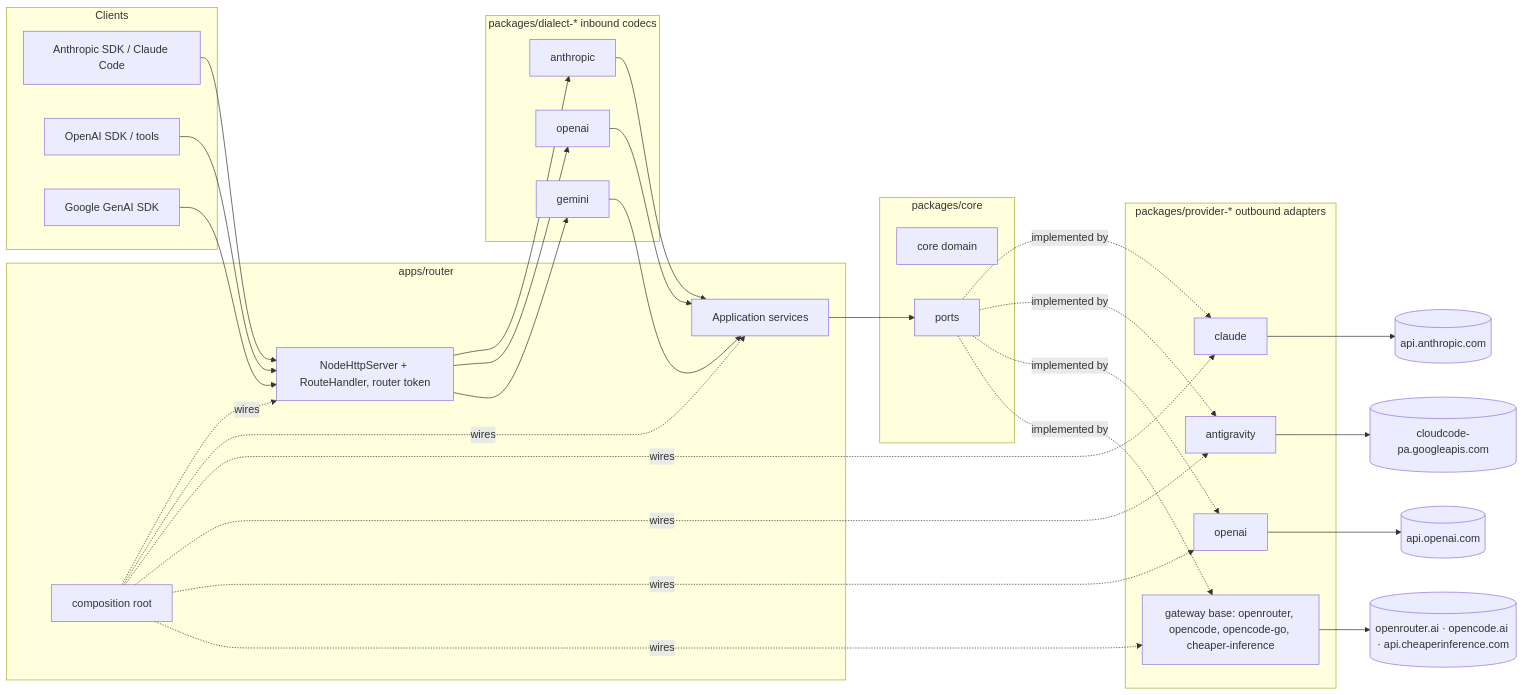
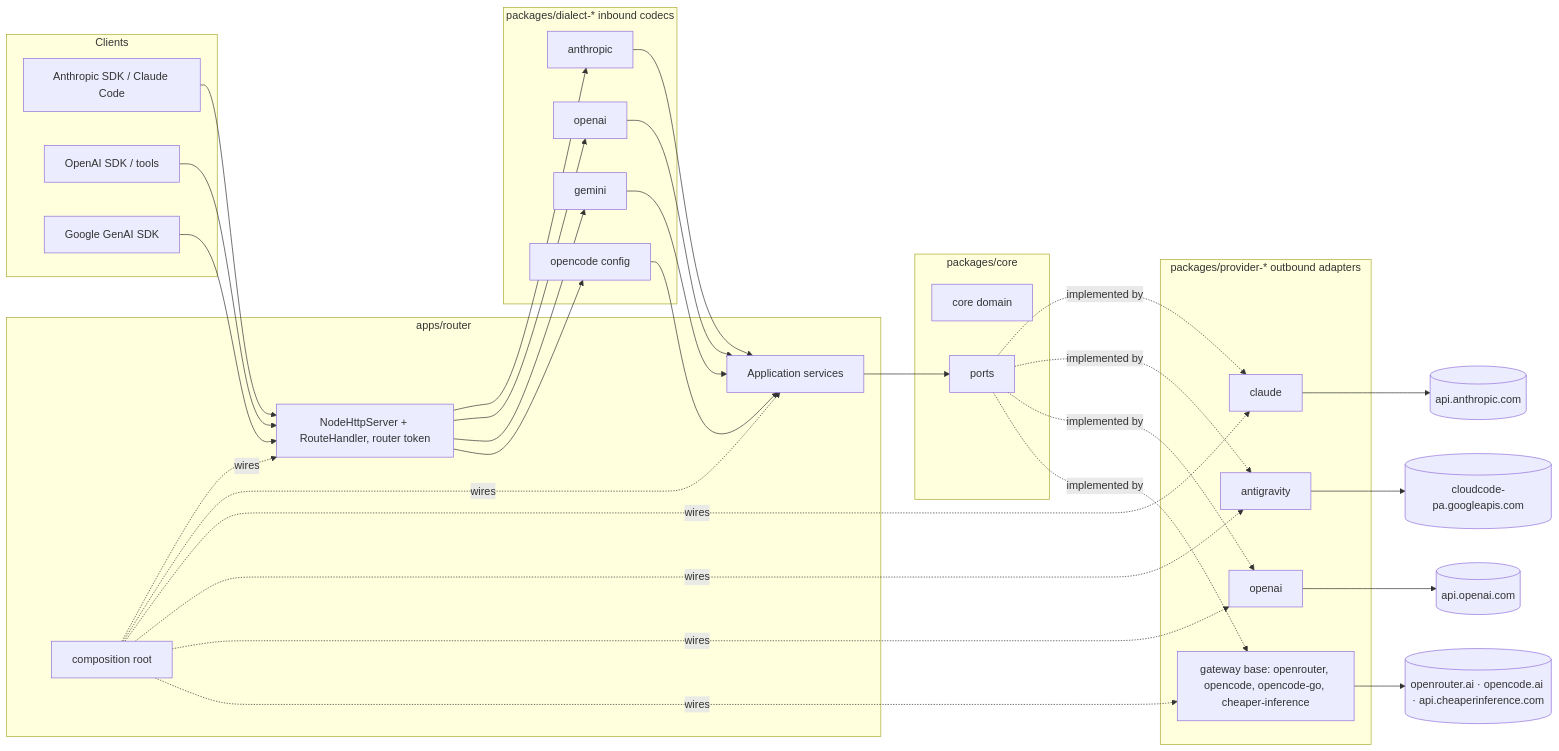
The diagram in README.md (mavasbel-devtools/accounts-proxy), drawn with Mermaid before and after one commit. The commit also changed other lines of this file and 78 other files, not shown here.

````diff
--- a/README.md
+++ b/README.md
@@ -180,39 +189,40 @@
 ```mermaid
 flowchart LR
   subgraph Clients
     A[Anthropic SDK / Claude Code]
     O[OpenAI SDK / tools]
     G[Google GenAI SDK]
   end
   subgraph apps/router
     H[NodeHttpServer + RouteHandler, router token]
     S[Application services]
     C[composition root]
   end
   subgraph dialects[packages/dialect-*  inbound codecs]
     DA[anthropic]
     DO[openai]
     DG[gemini]
+    DC[opencode config]
   end
   subgraph core[packages/core]
     D[core domain]
     P[ports]
   end
   subgraph providers[packages/provider-*  outbound adapters]
     PC[claude]
     PA[antigravity]
     PO[openai]
     PG[gateway base: openrouter, opencode, opencode-go, cheaper-inference]
   end
   A --> H
   O --> H
   G --> H
-  H --> DA & DO & DG --> S
+  H --> DA & DO & DG & DC --> S
   S --> P
   P -.implemented by.-> PC & PA & PO & PG
   PC --> X[(api.anthropic.com)]
   PA --> Y[(cloudcode-pa.googleapis.com)]
   PO --> Z[(api.openai.com)]
   PG --> W[(openrouter.ai · opencode.ai · api.cheaperinference.com)]
   C -.wires.-> H & S & PC & PA & PO & PG
 ```
````
